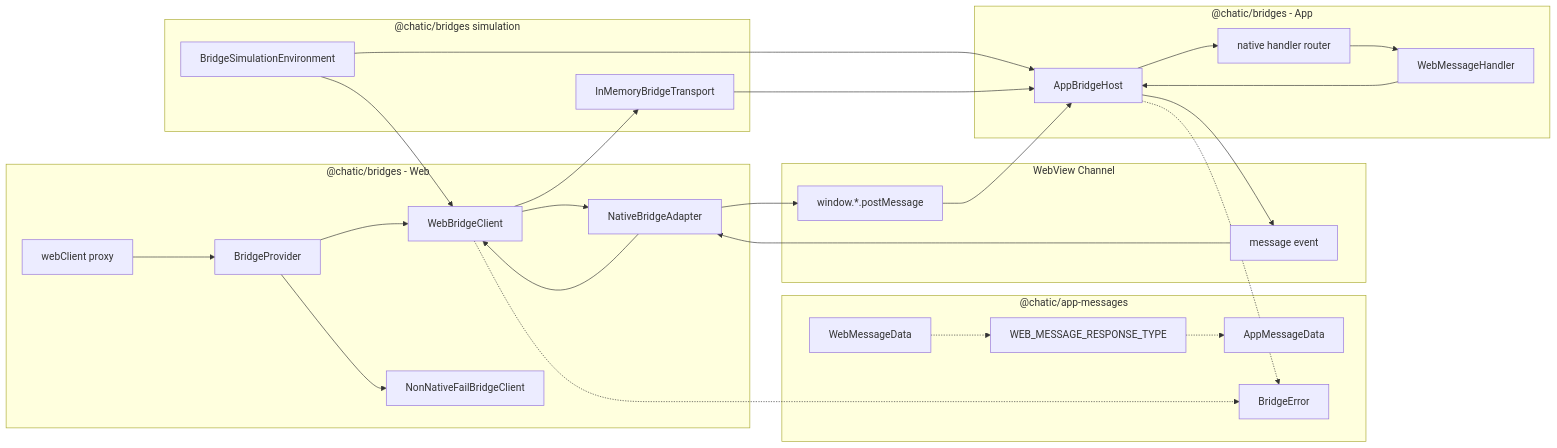
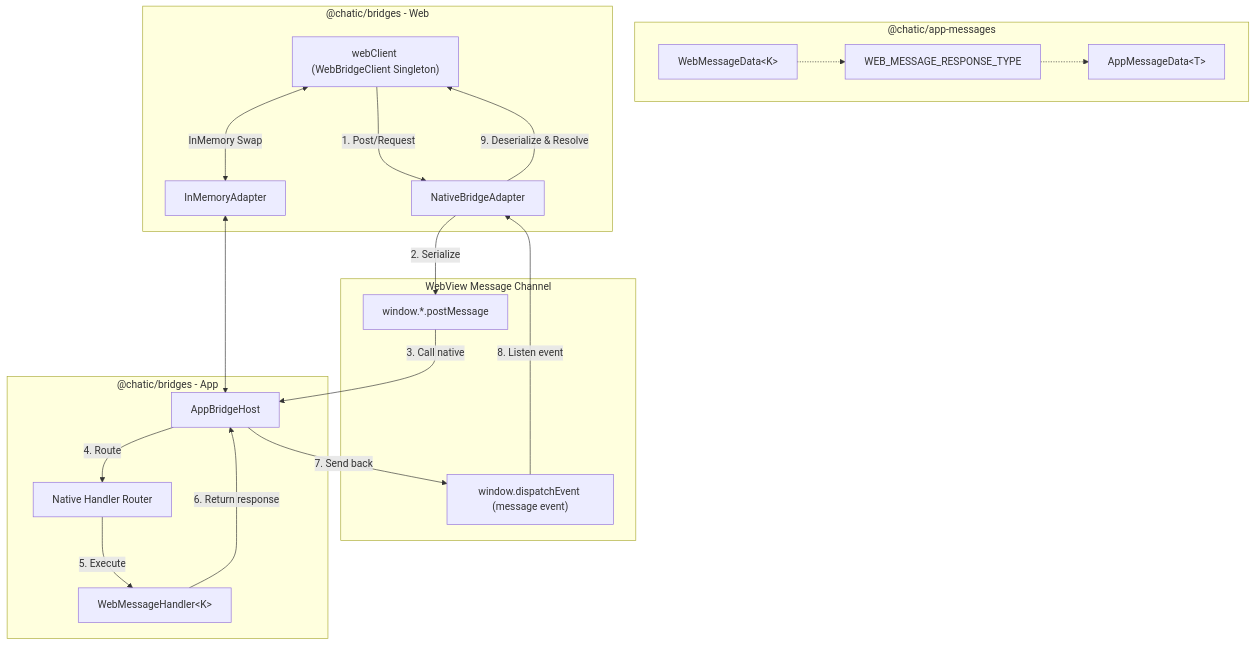
The first of 6 diagrams in libs/bridges/README.md (lemoncloud-io/dou-app), drawn with Mermaid before and after one commit. The commit also changed other lines of this file and 2 other files, not shown here.

First line of the commit message:
refactor(bridges): remove bridge simulation environment

````diff
--- a/libs/bridges/README.md
+++ b/libs/bridges/README.md
@@ -45,56 +35,46 @@
 ```mermaid
-flowchart LR
-    subgraph Contract["@chatic/app-messages"]
-        WebTypes["WebMessageData<K>"]
+flowchart TD
+    subgraph Contract ["@chatic/app-messages"]
+        WebTypes["WebMessageData&lt;K&gt;"]
         ResponseMap["WEB_MESSAGE_RESPONSE_TYPE"]
-        AppTypes["AppMessageData<T>"]
-        BridgeError["BridgeError"]
+        AppTypes["AppMessageData&lt;T&gt;"]
     end
 
-    subgraph Web["@chatic/bridges - Web"]
-        Provider["BridgeProvider"]
-        WebProxy["webClient proxy"]
-        WebClient["WebBridgeClient"]
+    subgraph Web ["@chatic/bridges - Web"]
+        webClient["webClient (WebBridgeClient Singleton)"]
         NativeAdapter["NativeBridgeAdapter"]
-        FailClient["NonNativeFailBridgeClient"]
+        InMemoryAdapter["InMemoryAdapter"]
     end
 
-    subgraph NativeChannel["WebView Channel"]
+    subgraph NativeChannel ["WebView Message Channel"]
         W2A["window.*.postMessage"]
-        A2W["message event"]
+        A2W["window.dispatchEvent (message event)"]
     end
 
-    subgraph App["@chatic/bridges - App"]
+    subgraph App ["@chatic/bridges - App"]
         AppHost["AppBridgeHost"]
-        Router["native handler router"]
-        Handler["WebMessageHandler<K>"]
+        Router["Native Handler Router"]
+        Handler["WebMessageHandler&lt;K&gt;"]
     end
 
-    subgraph Simulation["@chatic/bridges simulation"]
-        SimulationEnv["BridgeSimulationEnvironment"]
-        MemoryTransport["InMemoryBridgeTransport"]
-    end
+    %% Web to App Flow (Production)
+    webClient -->|1. Post/Request| NativeAdapter
+    NativeAdapter -->|2. Serialize| W2A
+    W2A -->|3. Call native| AppHost
+    AppHost -->|4. Route| Router
+    Router -->|5. Execute| Handler
 
-    WebProxy --> Provider
-    Provider --> WebClient
-    Provider --> FailClient
-    WebClient --> NativeAdapter
-    NativeAdapter --> W2A
-    W2A --> AppHost
-    AppHost --> Router
-    Router --> Handler
-    Handler --> AppHost
-    AppHost --> A2W
-    A2W --> NativeAdapter
-    NativeAdapter --> WebClient
+    %% App to Web Flow (Production)
+    Handler -->|6. Return response| AppHost
+    AppHost -->|7. Send back| A2W
+    A2W -->|8. Listen event| NativeAdapter
+    NativeAdapter -->|9. Deserialize & Resolve| webClient
 
-    SimulationEnv --> WebClient
-    SimulationEnv --> AppHost
-    WebClient --> MemoryTransport
-    MemoryTransport --> AppHost
+    %% Test/Mock Loopback Flow
+    webClient <--->|InMemory Swap| InMemoryAdapter
+    InMemoryAdapter <---> AppHost
 
+    %% Type Mapping Dependencies
     WebTypes -.-> ResponseMap
     ResponseMap -.-> AppTypes
-    WebClient -.-> BridgeError
-    AppHost -.-> BridgeError
 ```
````
